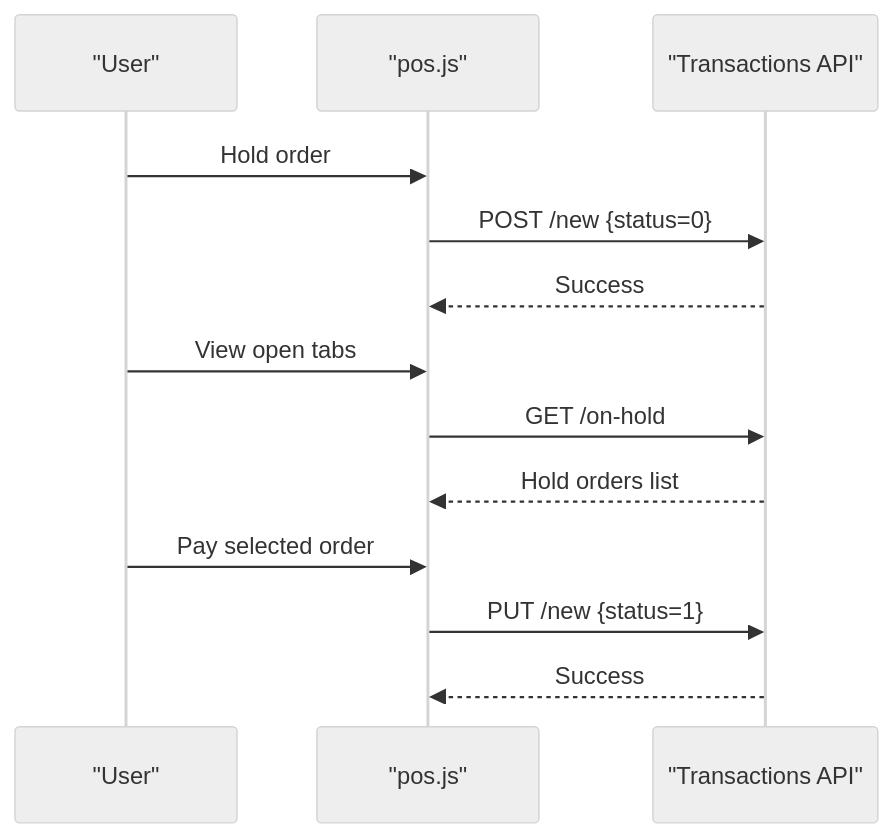
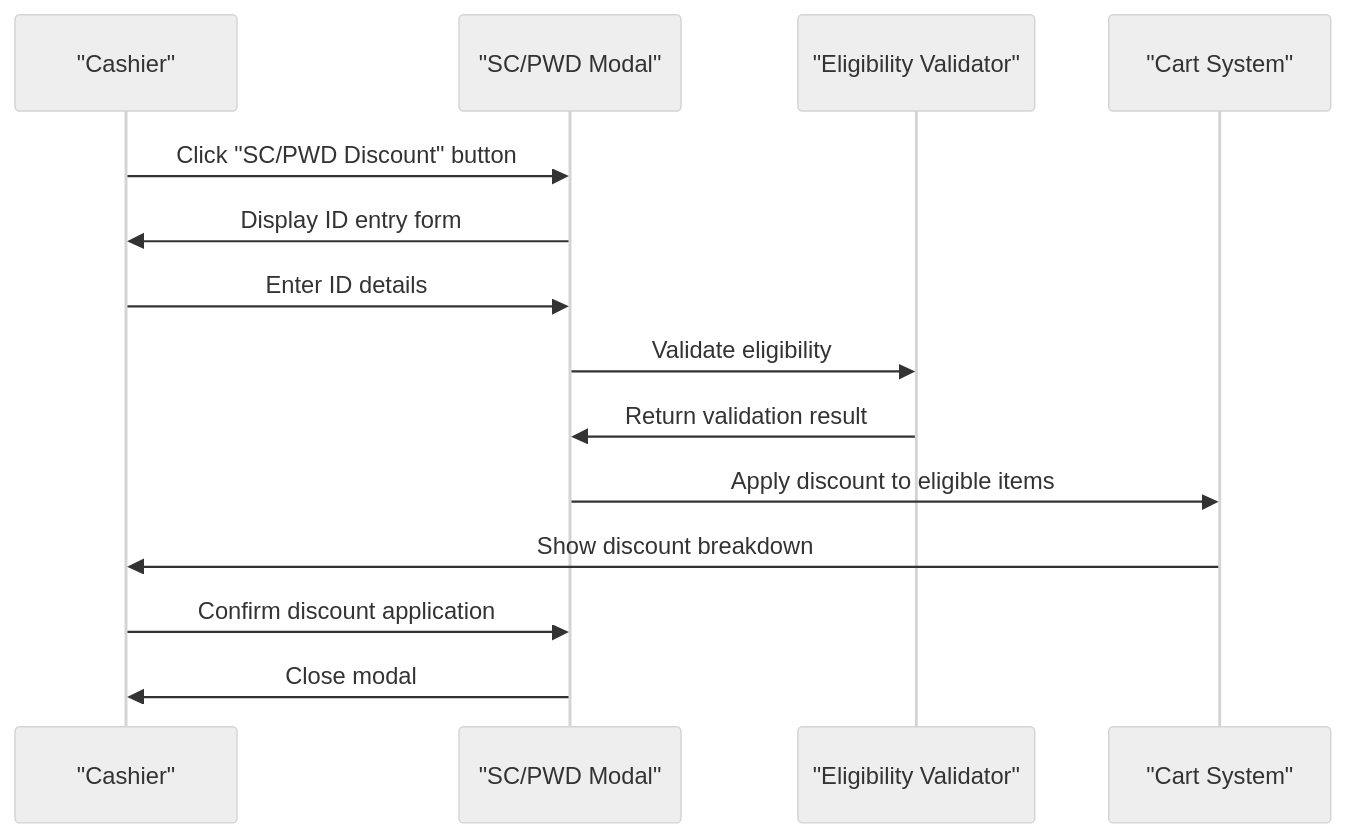
The ninth of 14 diagrams in .qoder/repowiki/en/content/Frontend Interface/Point-of-Sale Interface.md (yosefdc7/PharmaPOS), drawn with Mermaid (neutral theme) before and after one commit. The commit also changed other lines of this file and 11 other files, not shown here.

````diff
--- a/.qoder/repowiki/en/content/Frontend Interface/Point-of-Sale Interface.md
+++ b/.qoder/repowiki/en/content/Frontend Interface/Point-of-Sale Interface.md
@@ -267,15 +369,16 @@
 ```mermaid
 sequenceDiagram
-participant User as "User"
-participant POS as "pos.js"
-participant API as "Transactions API"
-User->>POS : Hold order
-POS->>API : POST /new {status=0}
-API-->>POS : Success
-User->>POS : View open tabs
-POS->>API : GET /on-hold
-API-->>POS : Hold orders list
-User->>POS : Pay selected order
-POS->>API : PUT /new {status=1}
-API-->>POS : Success
+participant Cashier as "Cashier"
+participant Modal as "SC/PWD Modal"
+participant Validation as "Eligibility Validator"
+participant Cart as "Cart System"
+Cashier->>Modal : Click "SC/PWD Discount" button
+Modal->>Cashier : Display ID entry form
+Cashier->>Modal : Enter ID details
+Modal->>Validation : Validate eligibility
+Validation->>Modal : Return validation result
+Modal->>Cart : Apply discount to eligible items
+Cart->>Cashier : Show discount breakdown
+Cashier->>Modal : Confirm discount application
+Modal->>Cashier : Close modal
 ```
````
